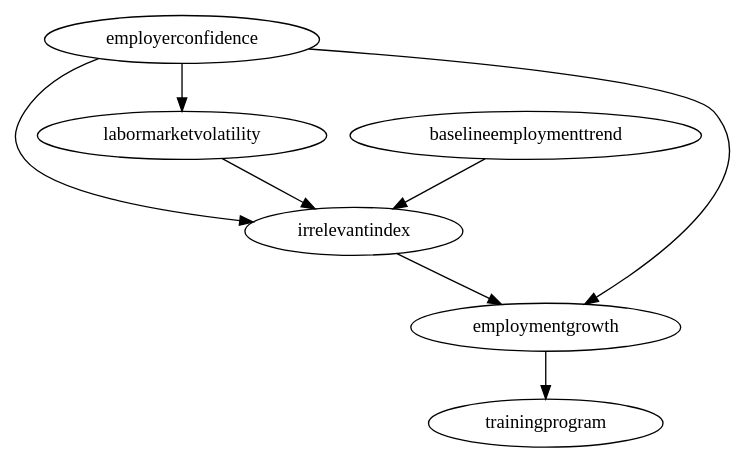
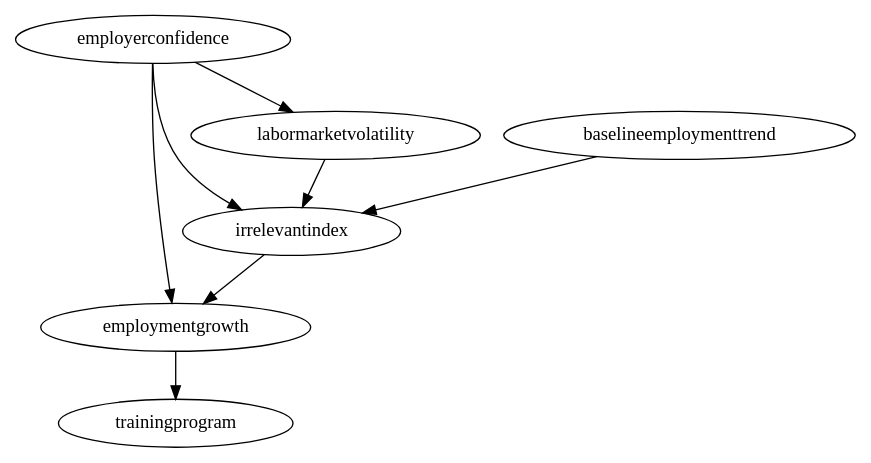
Before and after one commit to wigglypint/thesis: the diagram in recidivism-causal/results/graphs_ReX/rex__job_training_policy.dot, drawn with Graphviz. The commit also changed other lines of this file and 1179 other files, not shown here.

```diff
--- a/recidivism-causal/results/graphs_ReX/rex__job_training_policy.dot
+++ b/recidivism-causal/results/graphs_ReX/rex__job_training_policy.dot
@@ -1,15 +1,15 @@
 strict digraph {
+employmentgrowth;
 employerconfidence;
+baselineemploymenttrend;
+trainingprogram;
 irrelevantindex;
-employmentgrowth;
-baselineemploymenttrend;
 labormarketvolatility;
-trainingprogram;
+employmentgrowth -> trainingprogram;
 employerconfidence -> irrelevantindex;
 employerconfidence -> labormarketvolatility;
 employerconfidence -> employmentgrowth;
+baselineemploymenttrend -> irrelevantindex;
 irrelevantindex -> employmentgrowth;
-employmentgrowth -> trainingprogram;
-baselineemploymenttrend -> irrelevantindex;
 labormarketvolatility -> irrelevantindex;
 }
```
